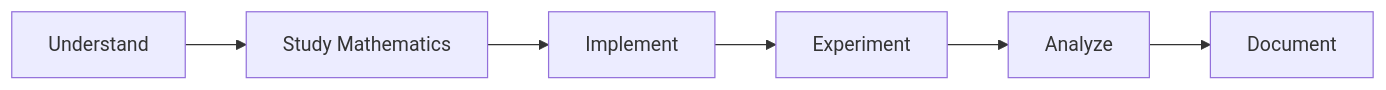
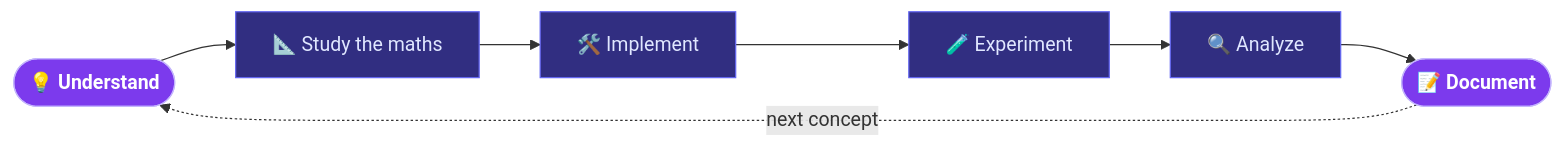
The sixth of 6 diagrams in intro-to-slms.md (Krishil-Parikh/all-about-slms), drawn with Mermaid before and after one commit. The commit also changed other lines of this file, not shown here.

````diff
--- a/intro-to-slms.md
+++ b/intro-to-slms.md
@@ -795,8 +980,10 @@
 ```mermaid
 flowchart LR
-    A["Understand"] --> B["Study Mathematics"]
-    B --> C["Implement"]
-    C --> D["Experiment"]
-    D --> E["Analyze"]
-    E --> F["Document"]
+    A(["💡 Understand"]) --> B["📐 Study the maths"] --> C["🛠️ Implement"] --> D["🧪 Experiment"] --> E["🔍 Analyze"] --> F(["📝 Document"])
+    F -.->|next concept| A
+
+    classDef ends fill:#7c3aed,stroke:#c4b5fd,color:#ffffff,font-weight:bold
+    classDef mid fill:#312e81,stroke:#6366f1,color:#e0e7ff
+    class A,F ends
+    class B,C,D,E mid
 ```
````
